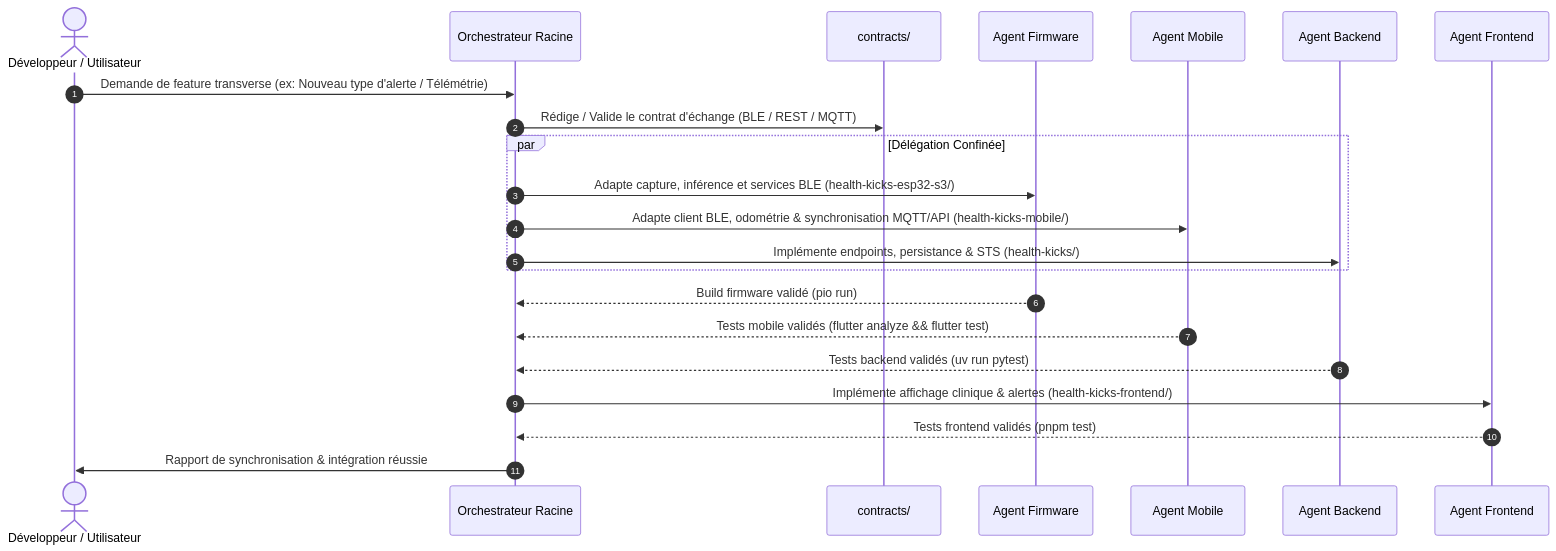
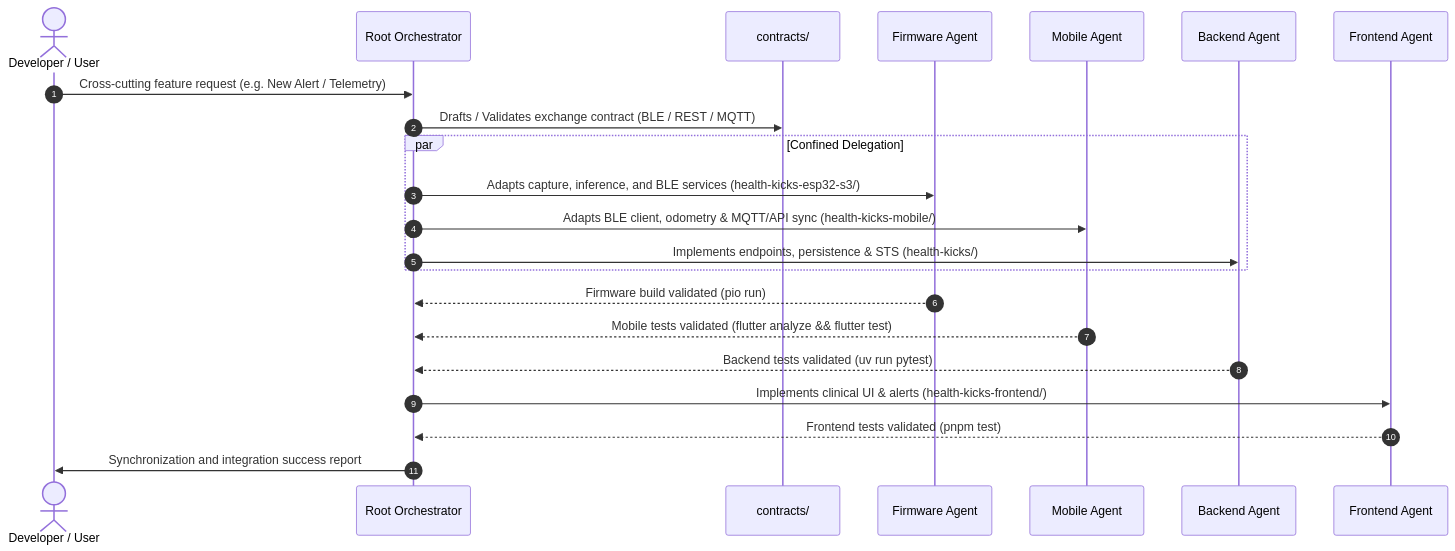
The diagram in .agents/AGENTS.md (daverck/health-kicks-ecosystem), drawn with Mermaid before and after one commit. The commit also changed other lines of this file and 20 other files, not shown here.

Commit message:
docs: translate documentation, contracts, agent definitions and sync submodules to English

````diff
--- a/.agents/AGENTS.md
+++ b/.agents/AGENTS.md
@@ -96,25 +96,25 @@
 ```mermaid
 sequenceDiagram
     autonumber
-    actor User as Développeur / Utilisateur
-    participant Orch as Orchestrateur Racine
+    actor User as Developer / User
+    participant Orch as Root Orchestrator
     participant Contract as contracts/
-    participant FW as Agent Firmware
-    participant Mobile as Agent Mobile
-    participant Backend as Agent Backend
-    participant Frontend as Agent Frontend
+    participant FW as Firmware Agent
+    participant Mobile as Mobile Agent
+    participant Backend as Backend Agent
+    participant Frontend as Frontend Agent
 
-    User->>Orch: Demande de feature transverse (ex: Nouveau type d'alerte / Télémétrie)
-    Orch->>Contract: Rédige / Valide le contrat d'échange (BLE / REST / MQTT)
-    par Délégation Confinée
-        Orch->>FW: Adapte capture, inférence et services BLE (health-kicks-esp32-s3/)
-        Orch->>Mobile: Adapte client BLE, odométrie & synchronisation MQTT/API (health-kicks-mobile/)
-        Orch->>Backend: Implémente endpoints, persistance & STS (health-kicks/)
+    User->>Orch: Cross-cutting feature request (e.g. New Alert / Telemetry)
+    Orch->>Contract: Drafts / Validates exchange contract (BLE / REST / MQTT)
+    par Confined Delegation
+        Orch->>FW: Adapts capture, inference, and BLE services (health-kicks-esp32-s3/)
+        Orch->>Mobile: Adapts BLE client, odometry & MQTT/API sync (health-kicks-mobile/)
+        Orch->>Backend: Implements endpoints, persistence & STS (health-kicks/)
     end
-    FW-->>Orch: Build firmware validé (pio run)
-    Mobile-->>Orch: Tests mobile validés (flutter analyze && flutter test)
-    Backend-->>Orch: Tests backend validés (uv run pytest)
-    Orch->>Frontend: Implémente affichage clinique & alertes (health-kicks-frontend/)
-    Frontend-->>Orch: Tests frontend validés (pnpm test)
-    Orch->>User: Rapport de synchronisation & intégration réussie
+    FW-->>Orch: Firmware build validated (pio run)
+    Mobile-->>Orch: Mobile tests validated (flutter analyze && flutter test)
+    Backend-->>Orch: Backend tests validated (uv run pytest)
+    Orch->>Frontend: Implements clinical UI & alerts (health-kicks-frontend/)
+    Frontend-->>Orch: Frontend tests validated (pnpm test)
+    Orch->>User: Synchronization and integration success report
 ```
````
